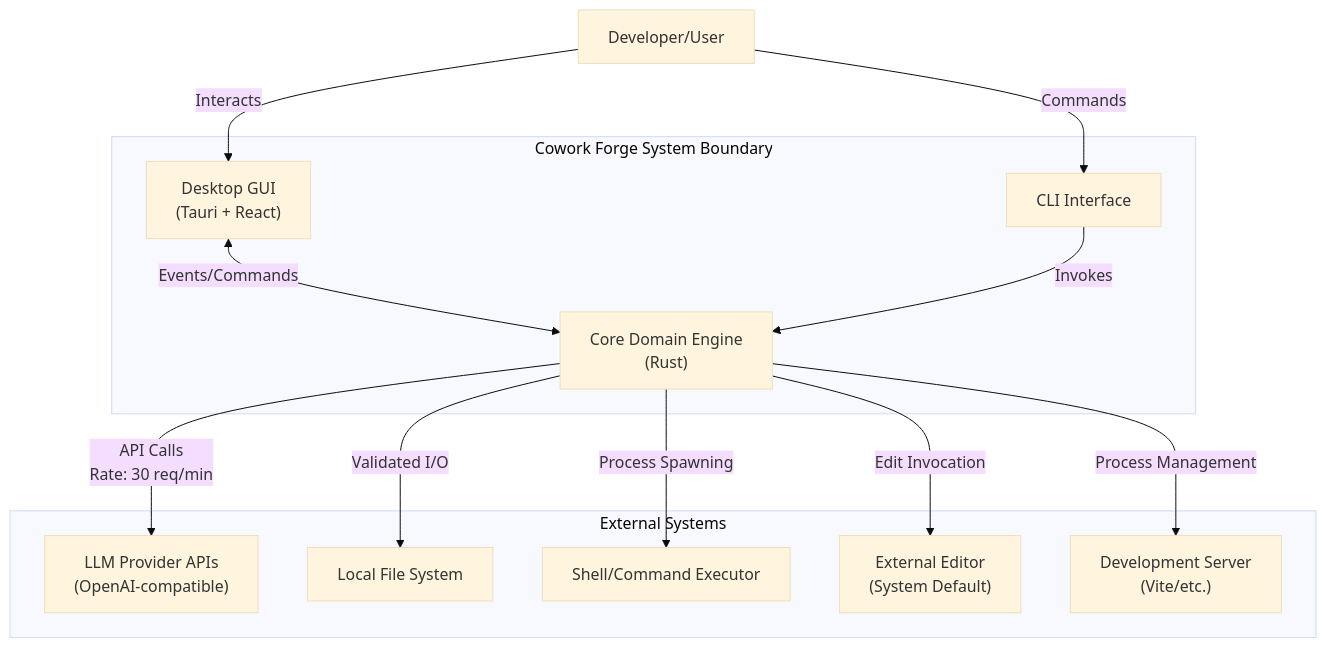
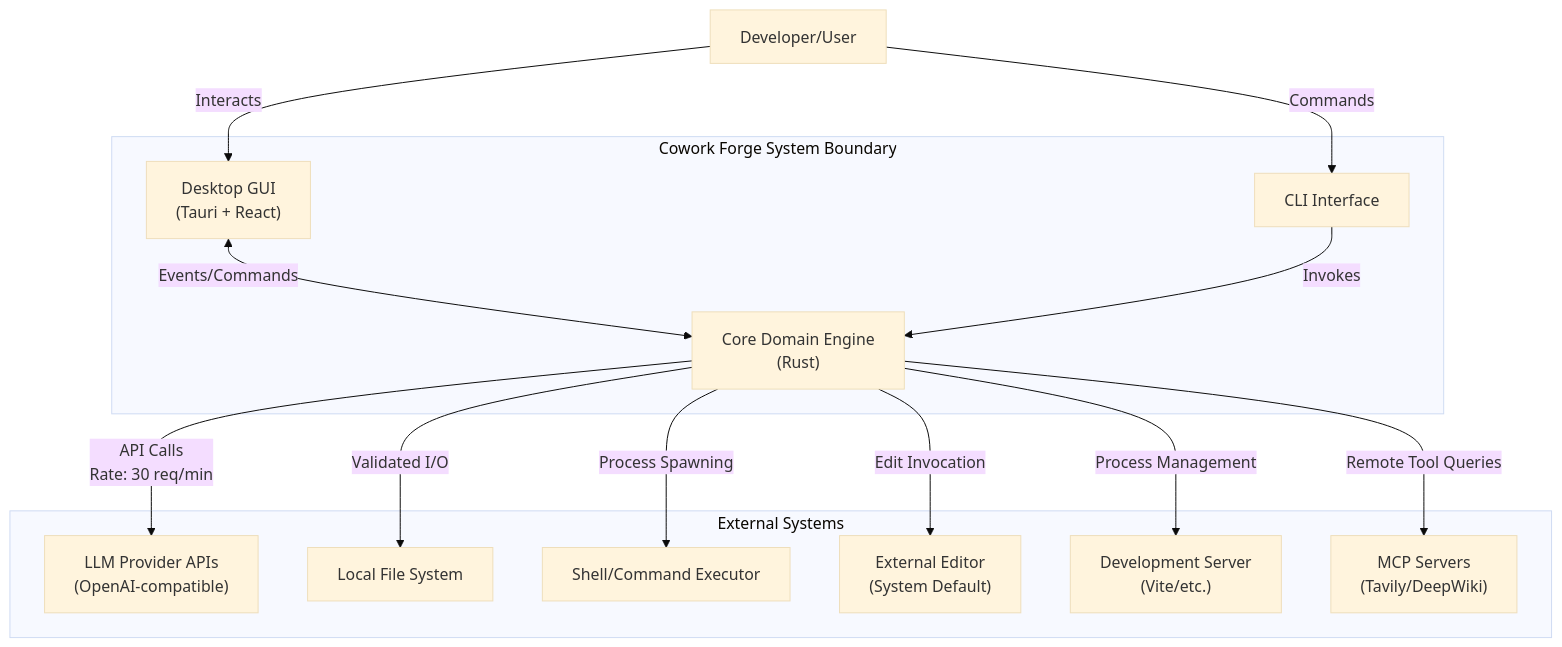
The second of 18 diagrams in litho.docs/en/2.Architecture.md (sopaco/cowork-forge), drawn with Mermaid (base theme) before and after one commit. The commit also changed other lines of this file and 9 other files, not shown here.

````diff
--- a/litho.docs/en/2.Architecture.md
+++ b/litho.docs/en/2.Architecture.md
@@ -109,27 +109,29 @@
 ```mermaid
 flowchart TB
     subgraph CoworkForge["Cowork Forge System Boundary"]
         Core["Core Domain Engine<br/>(Rust)"]
         CLI["CLI Interface"]
         GUI["Desktop GUI<br/>(Tauri + React)"]
     end
     
     subgraph External["External Systems"]
         LLM["LLM Provider APIs<br/>(OpenAI-compatible)"]
         FS["Local File System"]
         Shell["Shell/Command Executor"]
         Editor["External Editor<br/>(System Default)"]
         DevServer["Development Server<br/>(Vite/etc.)"]
+        MCP["MCP Servers<br/>(Tavily/DeepWiki)"]
     end
     
     User["Developer/User"] -->|Commands| CLI
     User -->|Interacts| GUI
     GUI <-->|Events/Commands| Core
     CLI -->|Invokes| Core
     
     Core -->|API Calls<br/>Rate: 30 req/min| LLM
     Core -->|Validated I/O| FS
     Core -->|Process Spawning| Shell
     Core -->|Edit Invocation| Editor
     Core -->|Process Management| DevServer
+    Core -->|Remote Tool Queries| MCP
 ```
````
